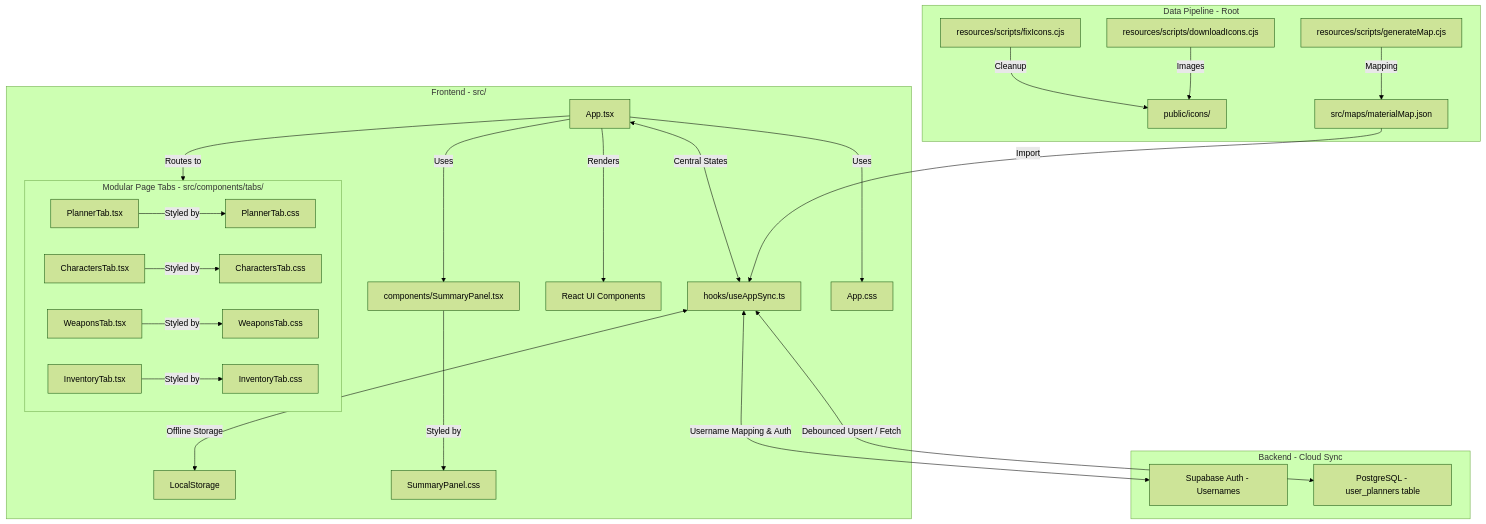
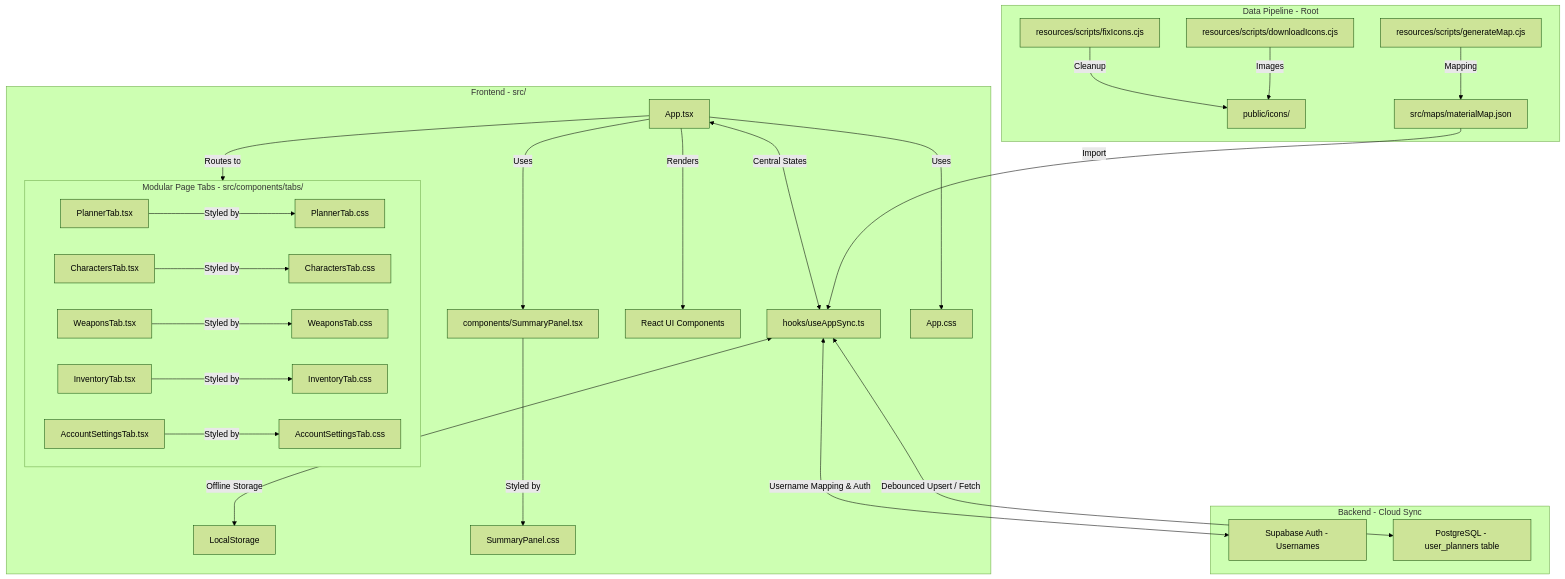
Before and after one commit to DaxiokP/genshin-planner: the diagram in resources/docs/ARCHITECTURE.md, drawn with Mermaid (forest theme). The commit also changed other lines of this file and 9 other files, not shown here.

````diff
--- a/resources/docs/ARCHITECTURE.md
+++ b/resources/docs/ARCHITECTURE.md
@@ -16,35 +16,36 @@
 ```mermaid
 graph TD
     subgraph Scripts [Data Pipeline - Root]
         A[resources/scripts/downloadIcons.cjs] -->|Images| Public[public/icons/]
         B[resources/scripts/generateMap.cjs] -->|Mapping| Data[src/maps/materialMap.json]
         C[resources/scripts/fixIcons.cjs] -->|Cleanup| Public
     end
 
     subgraph Supabase [Backend - Cloud Sync]
         Auth[Supabase Auth - Usernames]
         DB[PostgreSQL - user_planners table]
     end
 
     subgraph App [Frontend - src/]
         Data -->|Import| SyncHook[hooks/useAppSync.ts]
         SyncHook <-->|Offline Storage| LocalStorage[LocalStorage]
         SyncHook <-->|Username Mapping & Auth| Auth
         SyncHook <-->|Debounced Upsert / Fetch| DB
         
         Main[App.tsx] <-->|Central States| SyncHook
         Main -->|Renders| UI[React UI Components]
         
         subgraph Tabs [Modular Page Tabs - src/components/tabs/]
-            PlannerTab[PlannerTab.tsx] -->|Styled by| PlannerCSS[PlannerTab.css]
-            CharactersTab[CharactersTab.tsx] -->|Styled by| CharactersCSS[CharactersTab.css]
-            WeaponsTab[WeaponsTab.tsx] -->|Styled by| WeaponsCSS[WeaponsTab.css]
-            InventoryTab[InventoryTab.tsx] -->|Styled by| InventoryCSS[InventoryTab.css]
+            PlannerTab[PlannerTab.tsx] ---> |Styled by| PlannerCSS[PlannerTab.css]
+            CharactersTab[CharactersTab.tsx] ---> |Styled by| CharactersCSS[CharactersTab.css]
+            WeaponsTab[WeaponsTab.tsx] ---> |Styled by| WeaponsCSS[WeaponsTab.css]
+            InventoryTab[InventoryTab.tsx] ---> |Styled by| InventoryCSS[InventoryTab.css]
+            AccountSettingsTab[AccountSettingsTab.tsx] ---> |Styled by| AccountSettingsCSS[AccountSettingsTab.css]
         end
         
         Main -->|Routes to| Tabs
         Main -->|Uses| SummaryPanel[components/SummaryPanel.tsx]
         SummaryPanel -->|Styled by| SummaryCSS[SummaryPanel.css]
         Main -->|Uses| GlobalCSS[App.css]
     end
 ```
````
